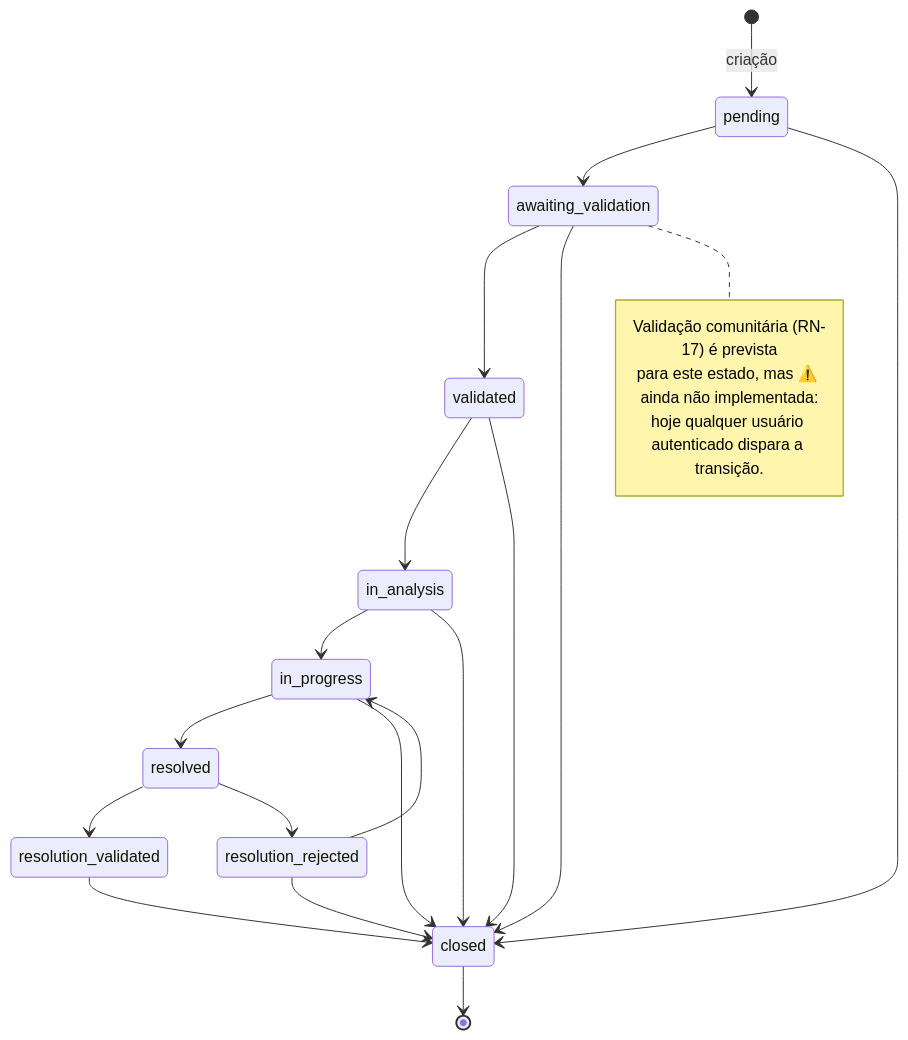
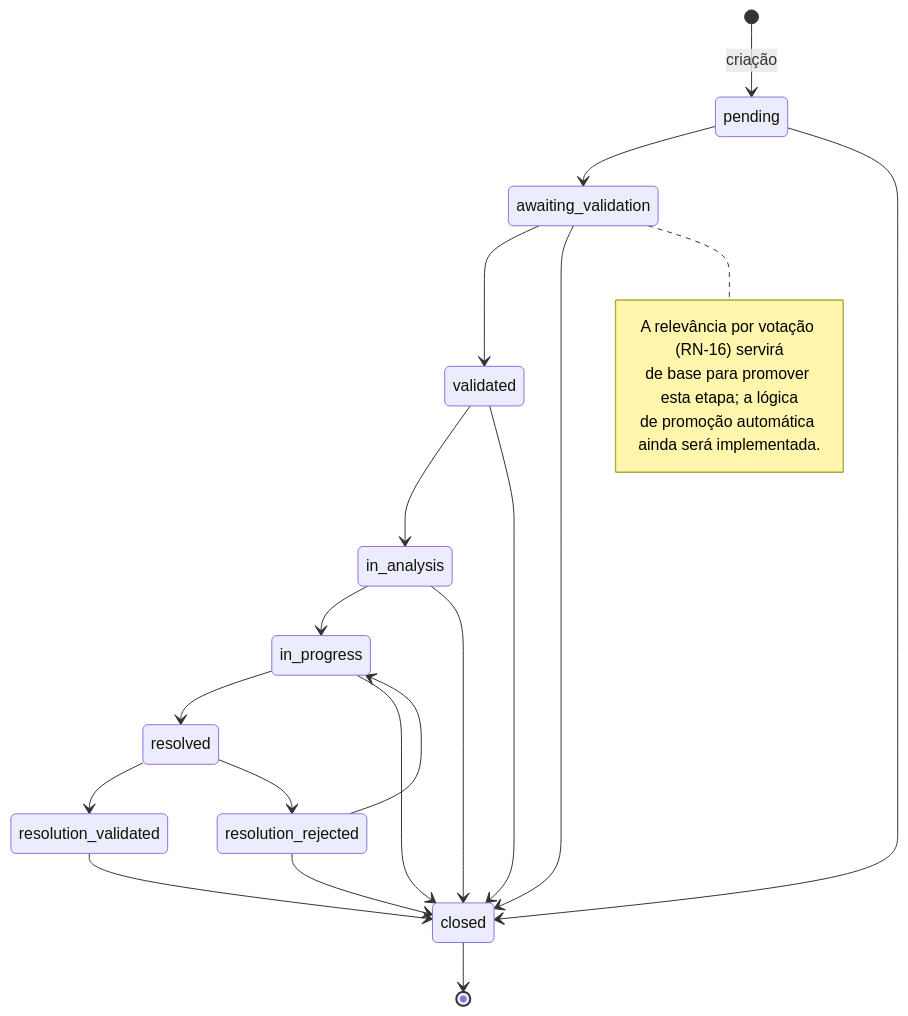
The diagram in docs/01-regras-de-negocio.md (Grogww/ProjetoZup), drawn with Mermaid before and after one commit. The commit also changed other lines of this file and 8 other files, not shown here.

````diff
--- a/docs/01-regras-de-negocio.md
+++ b/docs/01-regras-de-negocio.md
@@ -140,26 +140,26 @@
 ```mermaid
 stateDiagram-v2
     [*] --> pending: criação
     pending --> awaiting_validation
     pending --> closed
     awaiting_validation --> validated
     awaiting_validation --> closed
     validated --> in_analysis
     validated --> closed
     in_analysis --> in_progress
     in_analysis --> closed
     in_progress --> resolved
     in_progress --> closed
     resolved --> resolution_validated
     resolved --> resolution_rejected
     resolution_rejected --> in_progress
     resolution_rejected --> closed
     resolution_validated --> closed
     closed --> [*]
 
     note right of awaiting_validation
-        Validação comunitária (RN-17) é prevista
-        para este estado, mas ⚠️ ainda não implementada:
-        hoje qualquer usuário autenticado dispara a transição.
+        A relevância por votação (RN-16) servirá
+        de base para promover esta etapa; a lógica
+        de promoção automática ainda será implementada.
     end note
 ```
````
